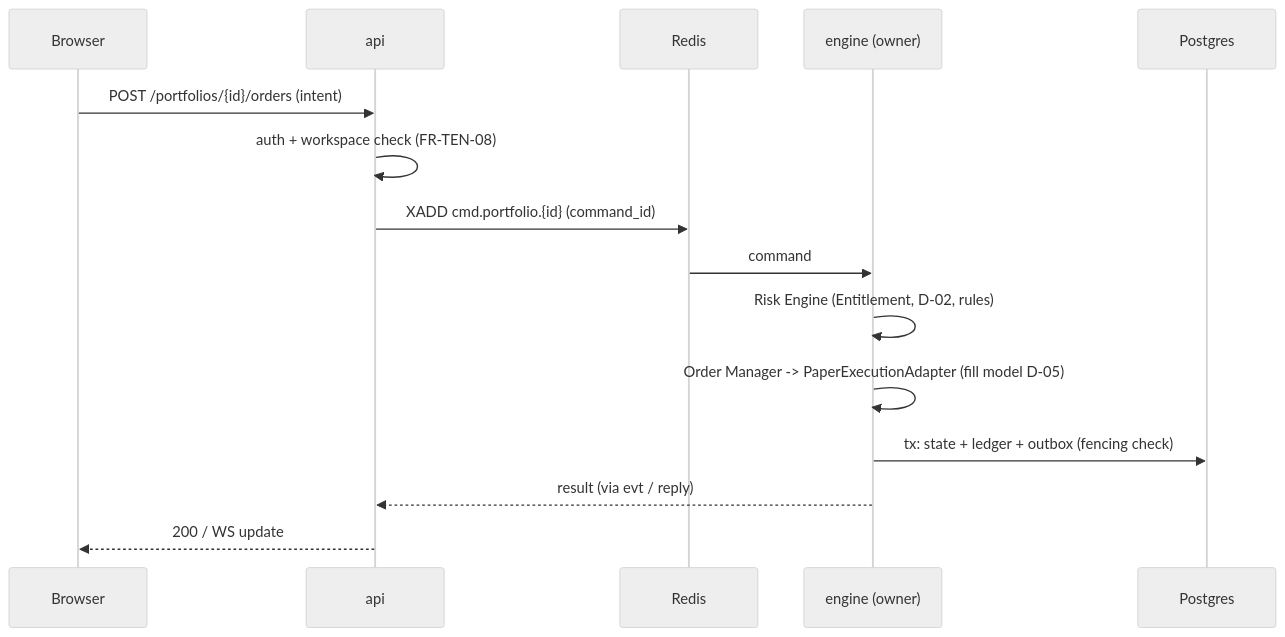
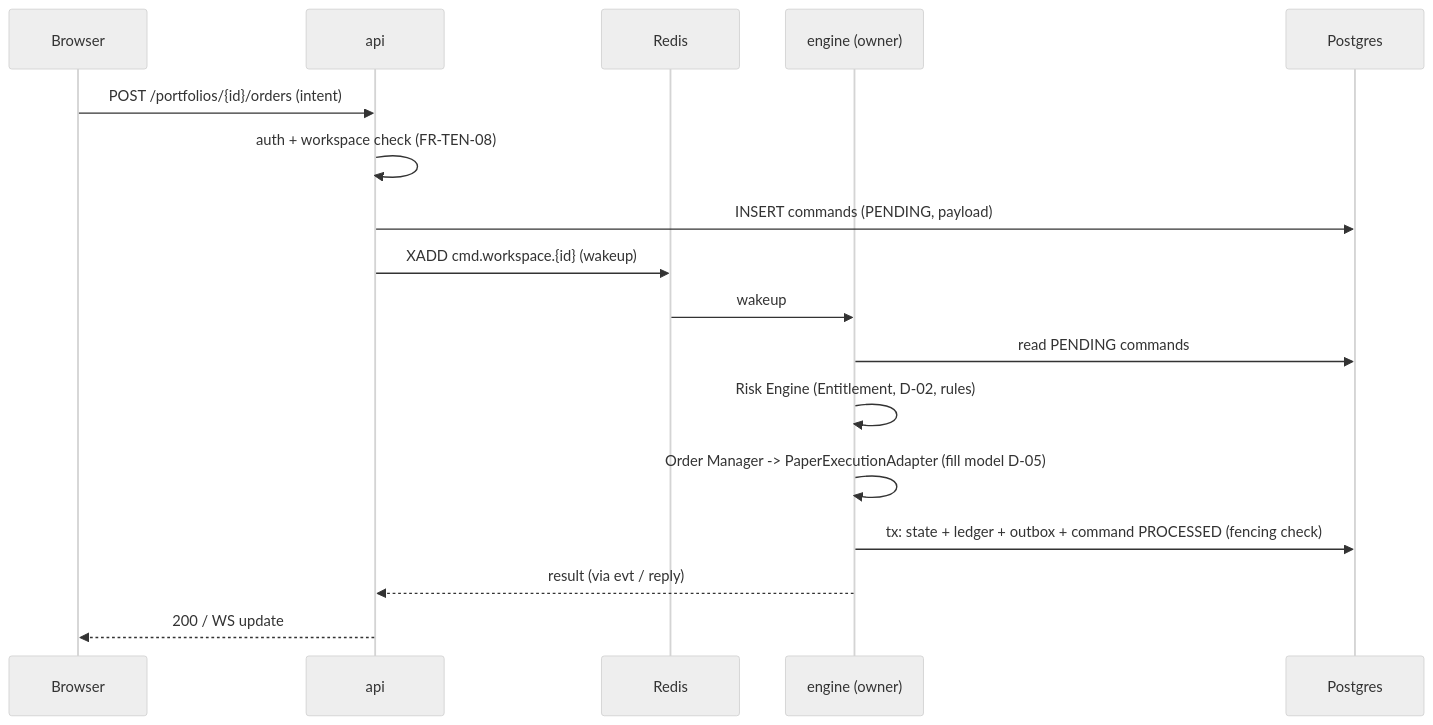
One commit to yukasung/tiewtrade changed the fourth of 7 diagrams in docs/architecture/architecture.md. Above: the diagram before and after it, drawn with Mermaid (neutral theme). The commit also changed other lines of this file and 11 other files, not shown here.

````diff
--- a/docs/architecture/architecture.md
+++ b/docs/architecture/architecture.md
@@ -245,17 +248,19 @@
 ```mermaid
 sequenceDiagram
     participant B as Browser
     participant A as api
     participant R as Redis
     participant E as engine (owner)
     participant P as Postgres
     B->>A: POST /portfolios/{id}/orders (intent)
     A->>A: auth + workspace check (FR-TEN-08)
-    A->>R: XADD cmd.portfolio.{id} (command_id)
-    R->>E: command
+    A->>P: INSERT commands (PENDING, payload)
+    A->>R: XADD cmd.workspace.{id} (wakeup)
+    R->>E: wakeup
+    E->>P: read PENDING commands
     E->>E: Risk Engine (Entitlement, D-02, rules)
     E->>E: Order Manager -> PaperExecutionAdapter (fill model D-05)
-    E->>P: tx: state + ledger + outbox (fencing check)
+    E->>P: tx: state + ledger + outbox + command PROCESSED (fencing check)
     E-->>A: result (via evt / reply)
     A-->>B: 200 / WS update
 ```
````
